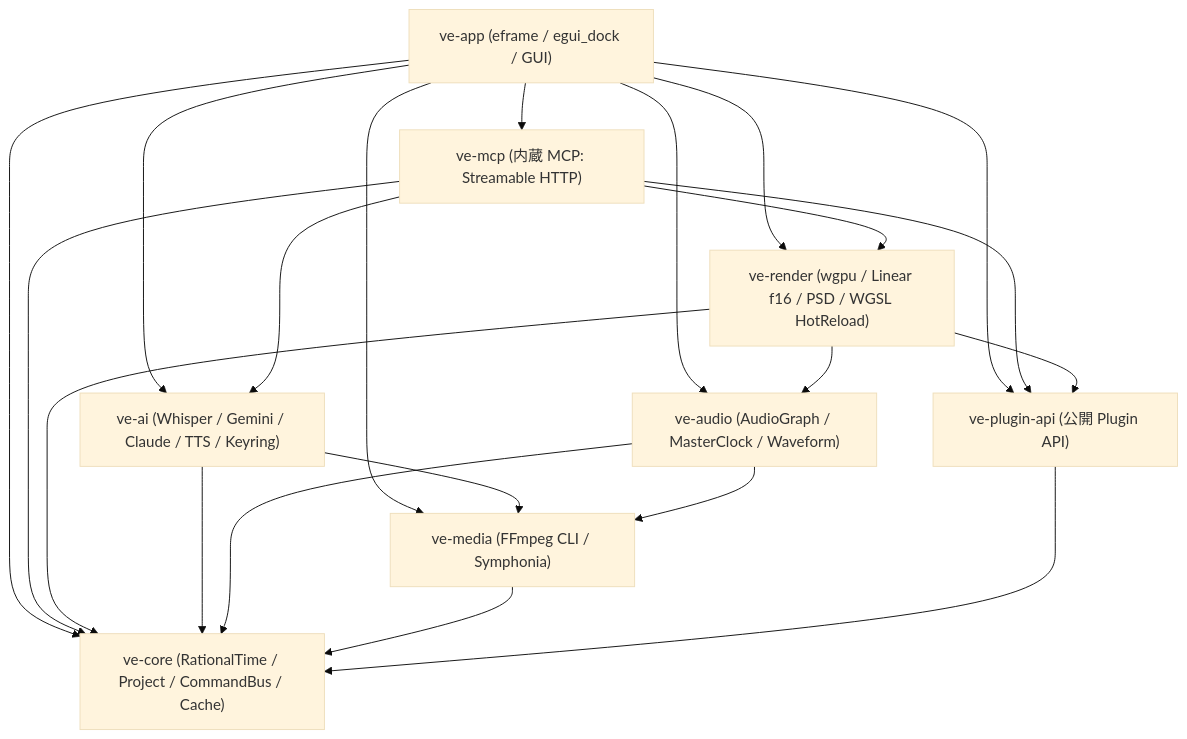
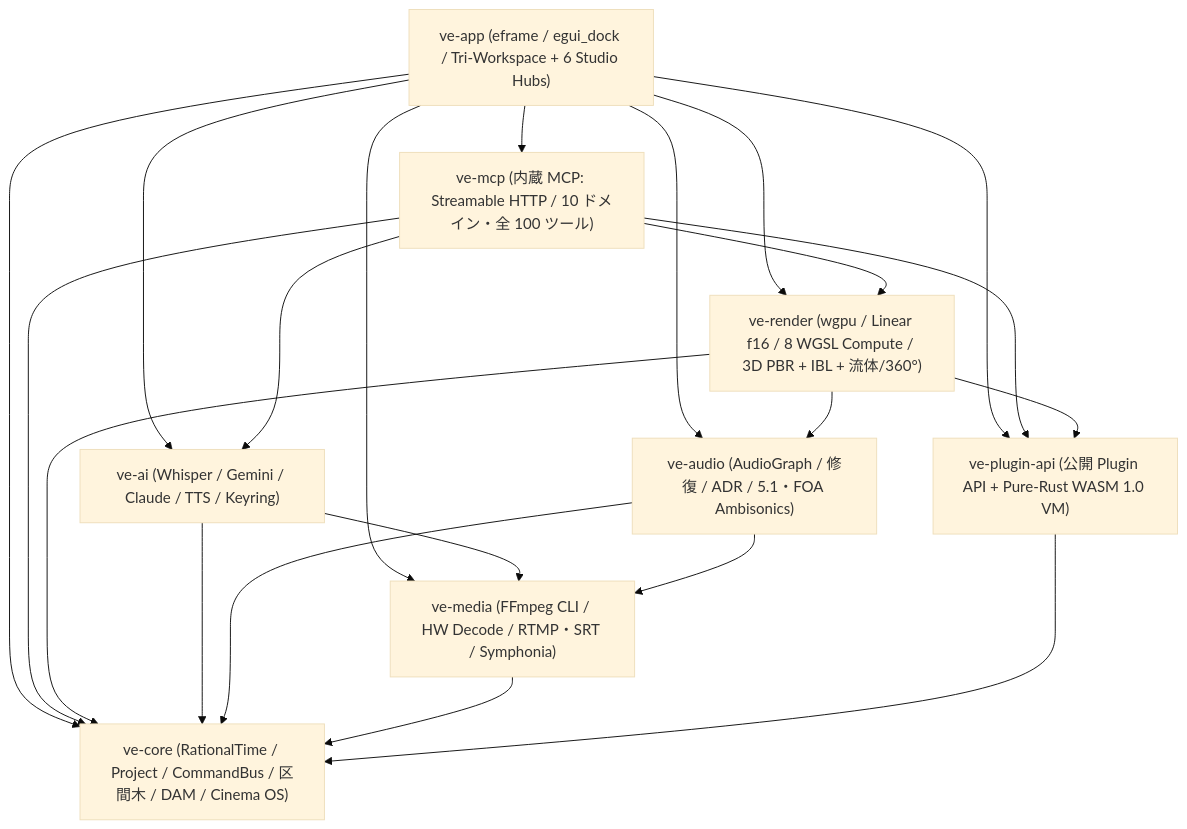
Before and after one commit to 0tsu-0w0/video-editing-app_AG: the diagram in docs/architecture.md, drawn with Mermaid (base theme). The commit also changed other lines of this file and 19 other files, not shown here.

Commit message:
refactor(v10.0): modularize command/graph/timeline, add v10.0 WGSL compute, E2E suite & release hardening (#27)

````diff
--- a/docs/architecture.md
+++ b/docs/architecture.md
@@ -7,37 +7,37 @@
 ```mermaid
 flowchart TD
-    app["ve-app (eframe / egui_dock / GUI)"]
-    mcp["ve-mcp (内蔵 MCP: Streamable HTTP)"]
-    render["ve-render (wgpu / Linear f16 / PSD / WGSL HotReload)"]
+    app["ve-app (eframe / egui_dock / Tri-Workspace + 6 Studio Hubs)"]
+    mcp["ve-mcp (内蔵 MCP: Streamable HTTP / 10 ドメイン・全 100 ツール)"]
+    render["ve-render (wgpu / Linear f16 / 8 WGSL Compute / 3D PBR + IBL + 流体/360°)"]
     ai["ve-ai (Whisper / Gemini / Claude / TTS / Keyring)"]
-    audio["ve-audio (AudioGraph / MasterClock / Waveform)"]
-    media["ve-media (FFmpeg CLI / Symphonia)"]
-    plugin["ve-plugin-api (公開 Plugin API)"]
-    core["ve-core (RationalTime / Project / CommandBus / Cache)"]
+    audio["ve-audio (AudioGraph / 修復 / ADR / 5.1・FOA Ambisonics)"]
+    media["ve-media (FFmpeg CLI / HW Decode / RTMP・SRT / Symphonia)"]
+    plugin["ve-plugin-api (公開 Plugin API + Pure-Rust WASM 1.0 VM)"]
+    core["ve-core (RationalTime / Project / CommandBus / 区間木 / DAM / Cinema OS)"]
 
     app --> mcp
     app --> render
     app --> ai
     app --> audio
     app --> media
     app --> plugin
     app --> core
 
     mcp --> render
     mcp --> ai
     mcp --> plugin
     mcp --> core
 
     render --> audio
     render --> plugin
     render --> core
 
     ai --> media
     ai --> core
 
     audio --> media
     audio --> core
 
     media --> core
     plugin --> core
 ```
````
